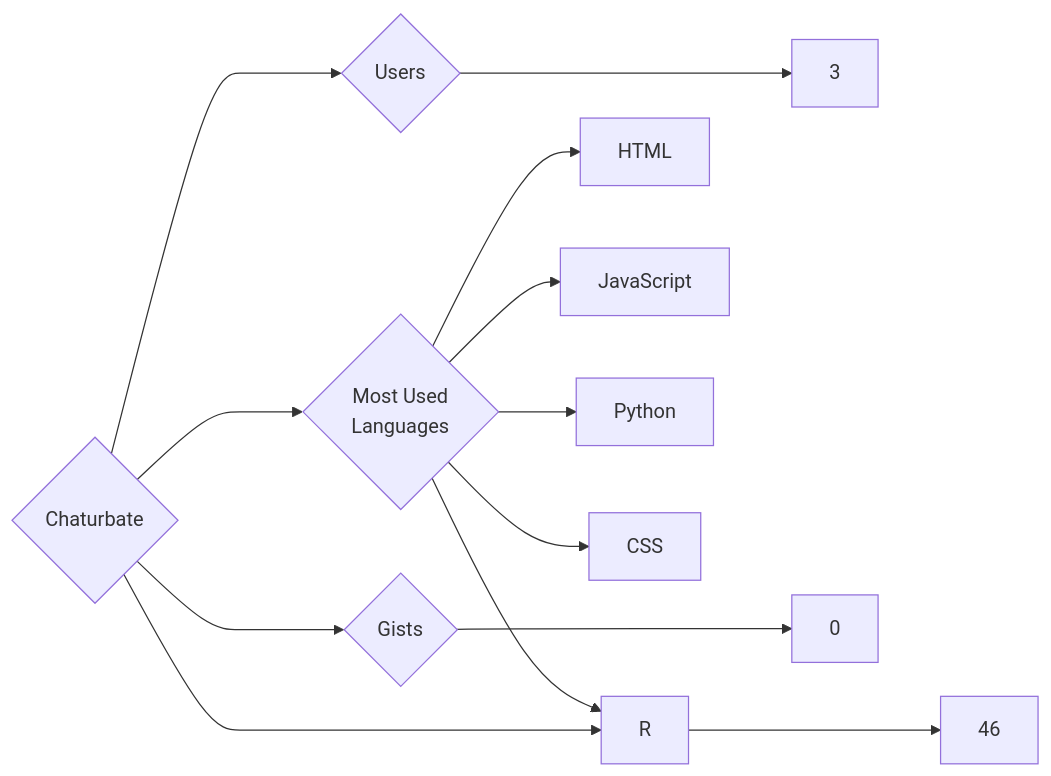
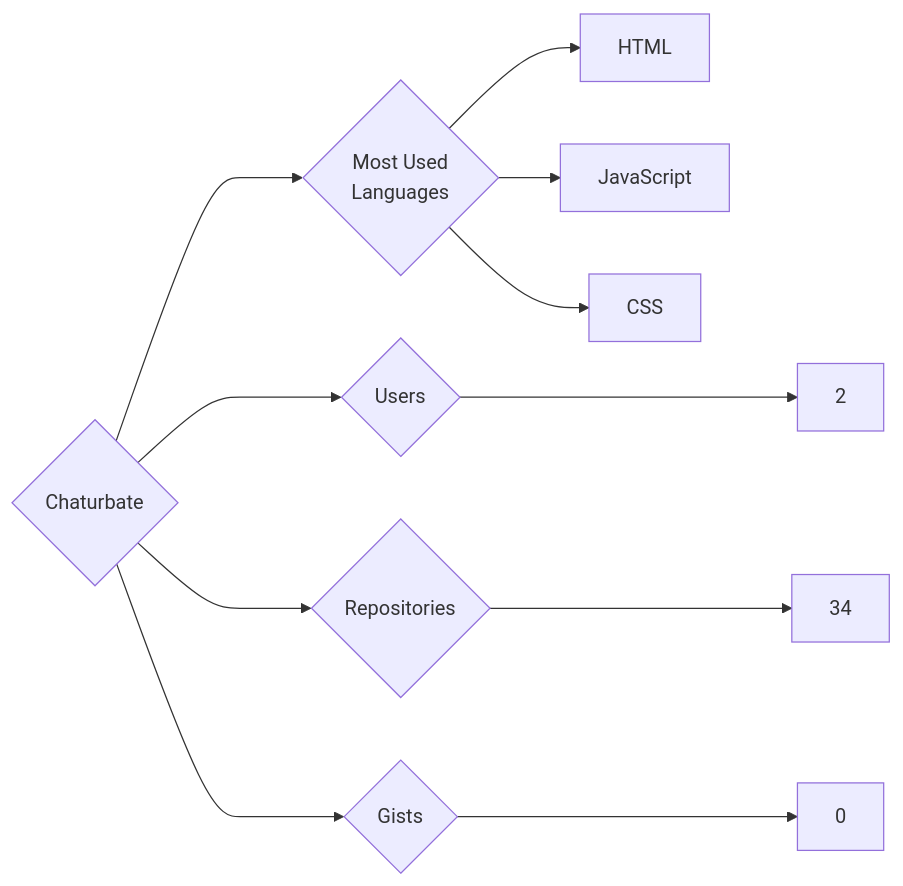
The diagram in targets/Chaturbate/README.md (trickest/insiders), drawn with Mermaid before and after one commit. The commit also changed 823 other files, not shown here.

````diff
--- a/targets/Chaturbate/README.md
+++ b/targets/Chaturbate/README.md
@@ -3,13 +3,11 @@
 ```mermaid
 graph LR
 COMPANY_NAME{Chaturbate}
-COMPANY_NAME ---> U{Users} ---> UN[3]
-COMPANY_NAME ---> R{Repositories} ---> RN[46]
+COMPANY_NAME ---> U{Users} ---> UN[2]
+COMPANY_NAME ---> R{Repositories} ---> RN[34]
 COMPANY_NAME ---> G{Gists} ---> GN[0]
 COMPANY_NAME ---> ML{Most Used<br>Languages}
 ML --> HTML[HTML]
 ML --> JavaScript[JavaScript]
-ML --> Python[Python]
 ML --> CSS[CSS]
-ML --> R[R]
 ```
````
